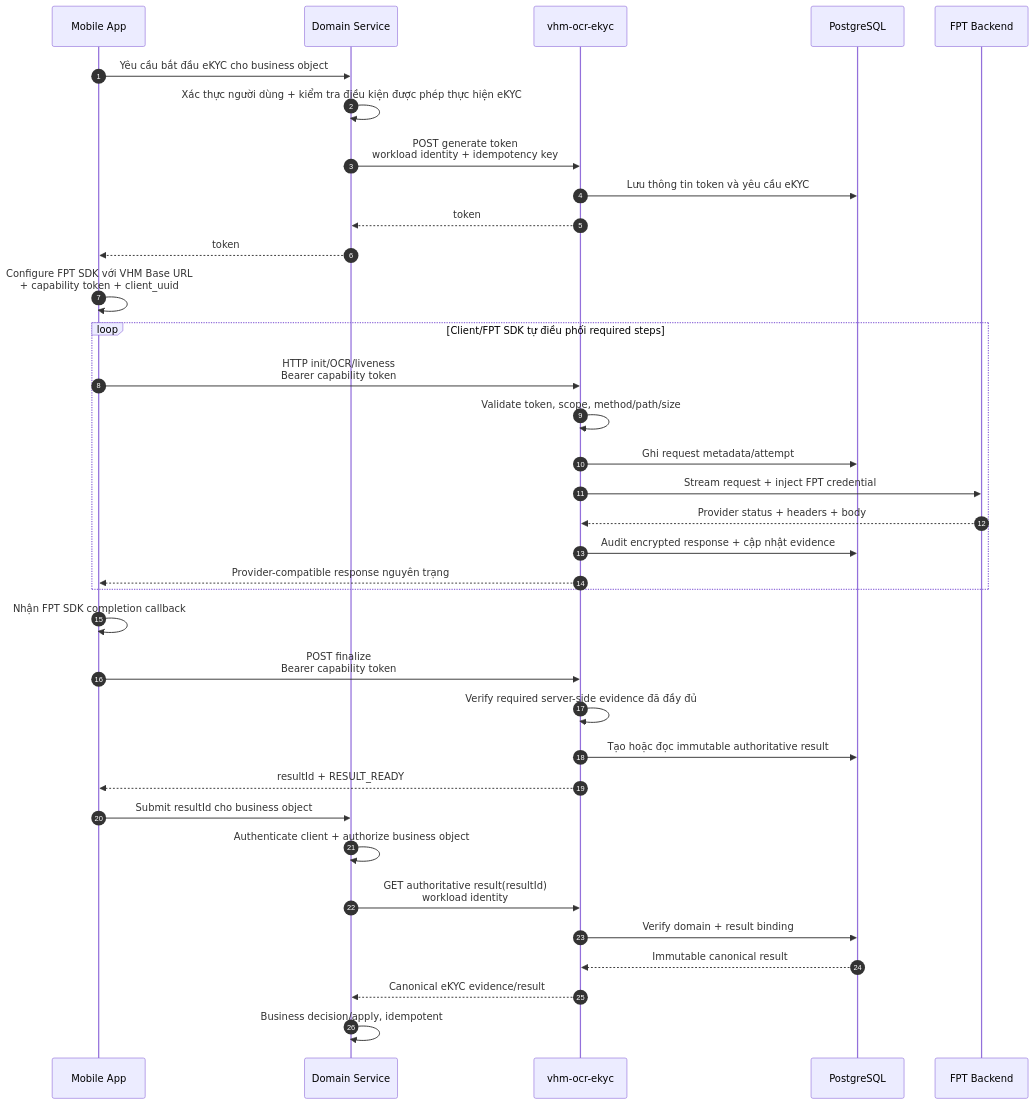
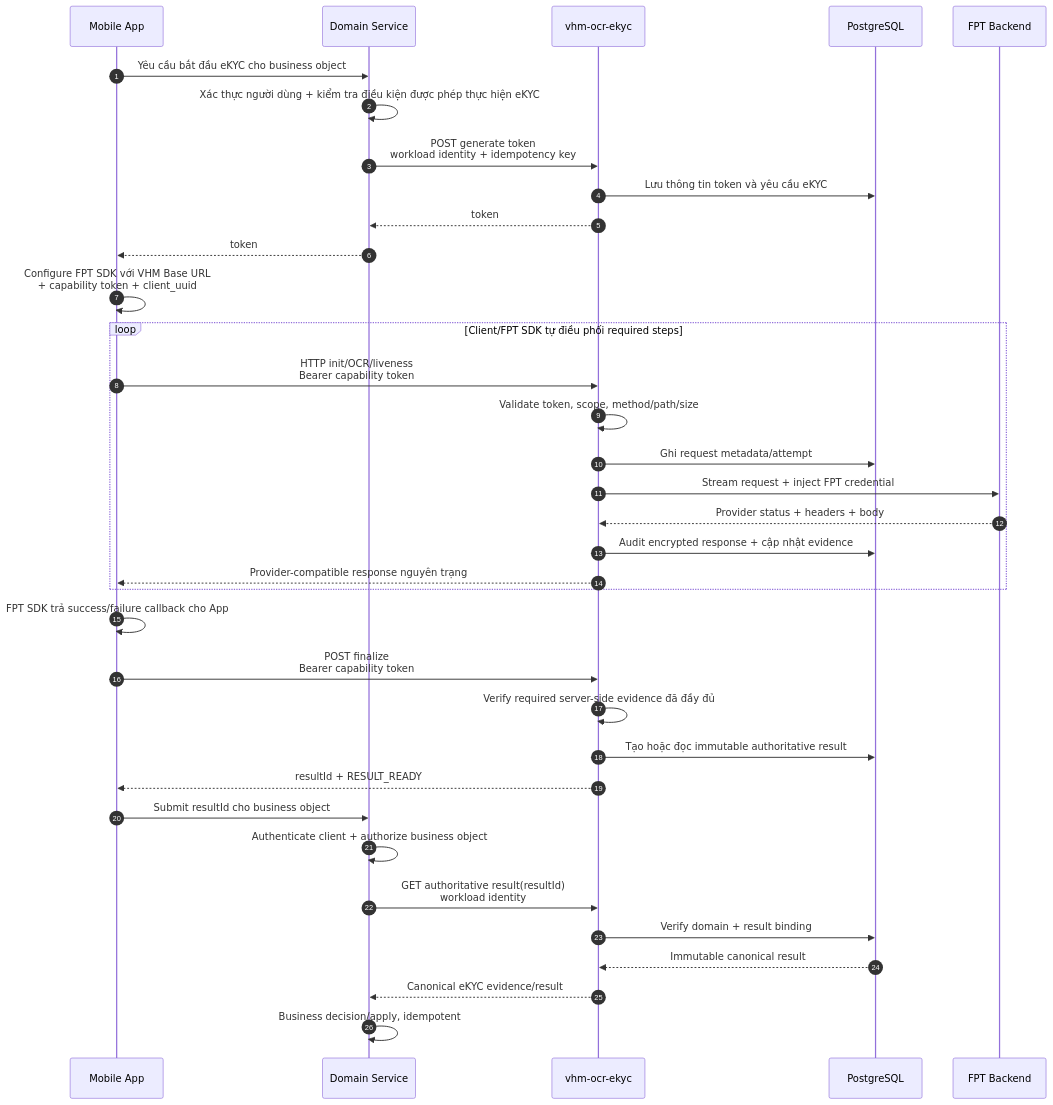
The fourth of 6 diagrams in tdd-ocr-ekyc-delegated-client-flow.md (huynv-xyz/vhm), drawn with Mermaid before and after one commit. The commit also changed other lines of this file, not shown here.

````diff
--- a/tdd-ocr-ekyc-delegated-client-flow.md
+++ b/tdd-ocr-ekyc-delegated-client-flow.md
@@ -300,41 +300,41 @@
 ```mermaid
 sequenceDiagram
     autonumber
     participant A as Mobile App
     participant D as Domain Service
     participant O as vhm-ocr-ekyc
     participant DB as PostgreSQL
     participant F as FPT Backend
 
     A->>D: Yêu cầu bắt đầu eKYC cho business object
     D->>D: Xác thực người dùng + kiểm tra điều kiện được phép thực hiện eKYC
     D->>O: POST generate token<br/>workload identity + idempotency key
     O->>DB: Lưu thông tin token và yêu cầu eKYC
     O-->>D: token
     D-->>A: token
     A->>A: Configure FPT SDK với VHM Base URL<br/>+ capability token + client_uuid
 
     loop Client/FPT SDK tự điều phối required steps
         A->>O: HTTP init/OCR/liveness<br/>Bearer capability token
         O->>O: Validate token, scope, method/path/size
         O->>DB: Ghi request metadata/attempt
         O->>F: Stream request + inject FPT credential
         F-->>O: Provider status + headers + body
         O->>DB: Audit encrypted response + cập nhật evidence
         O-->>A: Provider-compatible response nguyên trạng
     end
 
-    A->>A: Nhận FPT SDK completion callback
+    A->>A: FPT SDK trả success/failure callback cho App
     A->>O: POST finalize<br/>Bearer capability token
     O->>O: Verify required server-side evidence đã đầy đủ
     O->>DB: Tạo hoặc đọc immutable authoritative result
     O-->>A: resultId + RESULT_READY
 
     A->>D: Submit resultId cho business object
     D->>D: Authenticate client + authorize business object
     D->>O: GET authoritative result(resultId)<br/>workload identity
     O->>DB: Verify domain + result binding
     DB-->>O: Immutable canonical result
     O-->>D: Canonical eKYC evidence/result
     D->>D: Business decision/apply, idempotent
 ```
````
